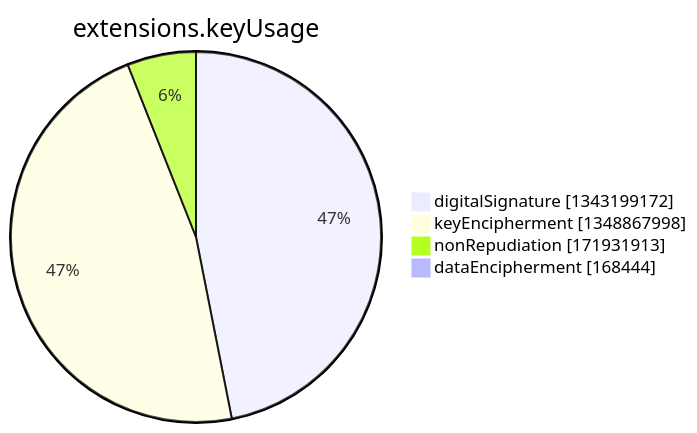
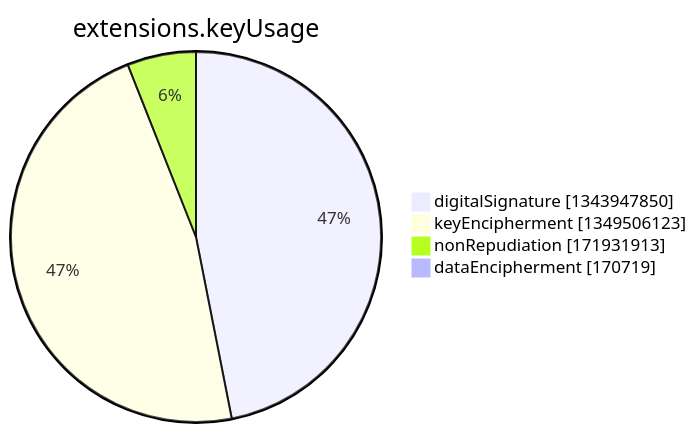
Before and after one commit to christiankrug/ctmonitor_visualization: the seventh of 15 diagrams in argon2022/README.md, drawn with Mermaid. The commit also changed other lines of this file, not shown here.

````diff
--- a/argon2022/README.md
+++ b/argon2022/README.md
@@ -2750,8 +2750,8 @@
 ```mermaid
 pie showData
 title extensions.keyUsage
-"digitalSignature" :1343199172
-"keyEncipherment" :1348867998
+"digitalSignature" :1343947850
+"keyEncipherment" :1349506123
 "nonRepudiation" :171931913
-"dataEncipherment" :168444
+"dataEncipherment" :170719
 ```
````
